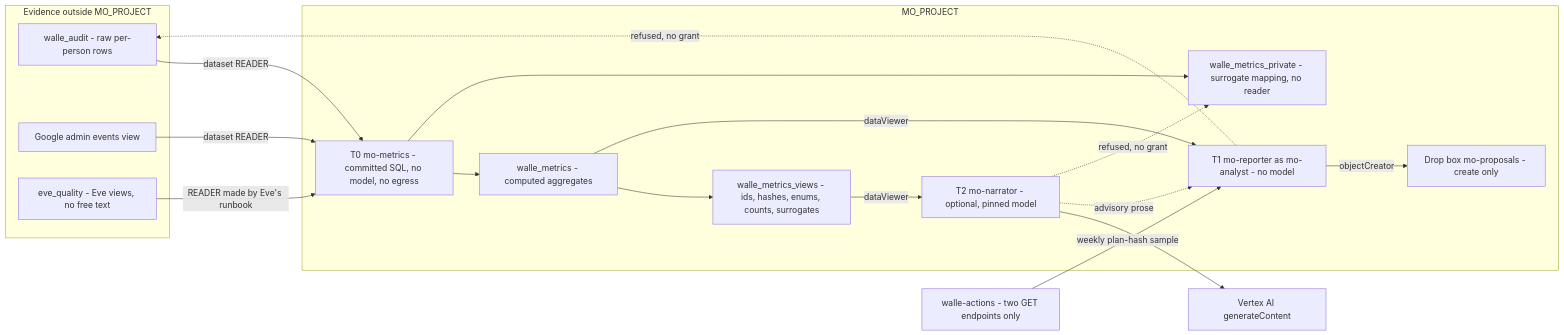
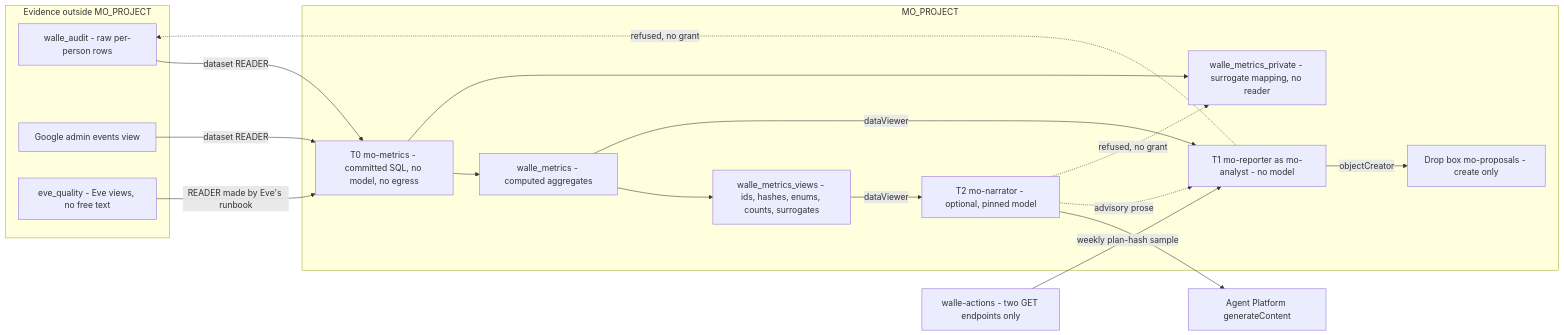
Before and after one commit to jsbdfgidsfg/agentic-platform: the first of 2 diagrams in platform/agentic-platform/brief/20-mo.md, drawn with Mermaid. The commit also changed other lines of this file and 94 other files, not shown here.

````diff
--- a/platform/agentic-platform/brief/20-mo.md
+++ b/platform/agentic-platform/brief/20-mo.md
@@ -40,33 +41,33 @@
 ```mermaid
 flowchart LR
     subgraph SRC["Evidence outside MO_PROJECT"]
         AUD["walle_audit - raw per-person rows"]
         ADM["Google admin events view"]
         EQ["eve_quality - Eve views, no free text"]
     end
     subgraph MOP["MO_PROJECT"]
         T0["T0 mo-metrics - committed SQL, no model, no egress"]
         MET["walle_metrics - computed aggregates"]
         PRIV["walle_metrics_private - surrogate mapping, no reader"]
         VIEWS["walle_metrics_views - ids, hashes, enums, counts, surrogates"]
         T1["T1 mo-reporter as mo-analyst - no model"]
         T2["T2 mo-narrator - optional, pinned model"]
         BOX["Drop box mo-proposals - create only"]
     end
     ACT["walle-actions - two GET endpoints only"]
-    VTX["Vertex AI generateContent"]
+    VTX["Agent Platform generateContent"]
     AUD -->|"dataset READER"| T0
     ADM -->|"dataset READER"| T0
     EQ -->|"READER made by Eve's runbook"| T0
     T0 --> MET
     T0 --> PRIV
     MET --> VIEWS
     MET -->|"dataViewer"| T1
     ACT -->|"weekly plan-hash sample"| T1
     T1 -->|"objectCreator"| BOX
     VIEWS -->|"dataViewer"| T2
     T2 --> VTX
     T2 -.->|"advisory prose"| T1
     T1 -.->|"refused, no grant"| AUD
     T2 -.->|"refused, no grant"| PRIV
 ```
````
